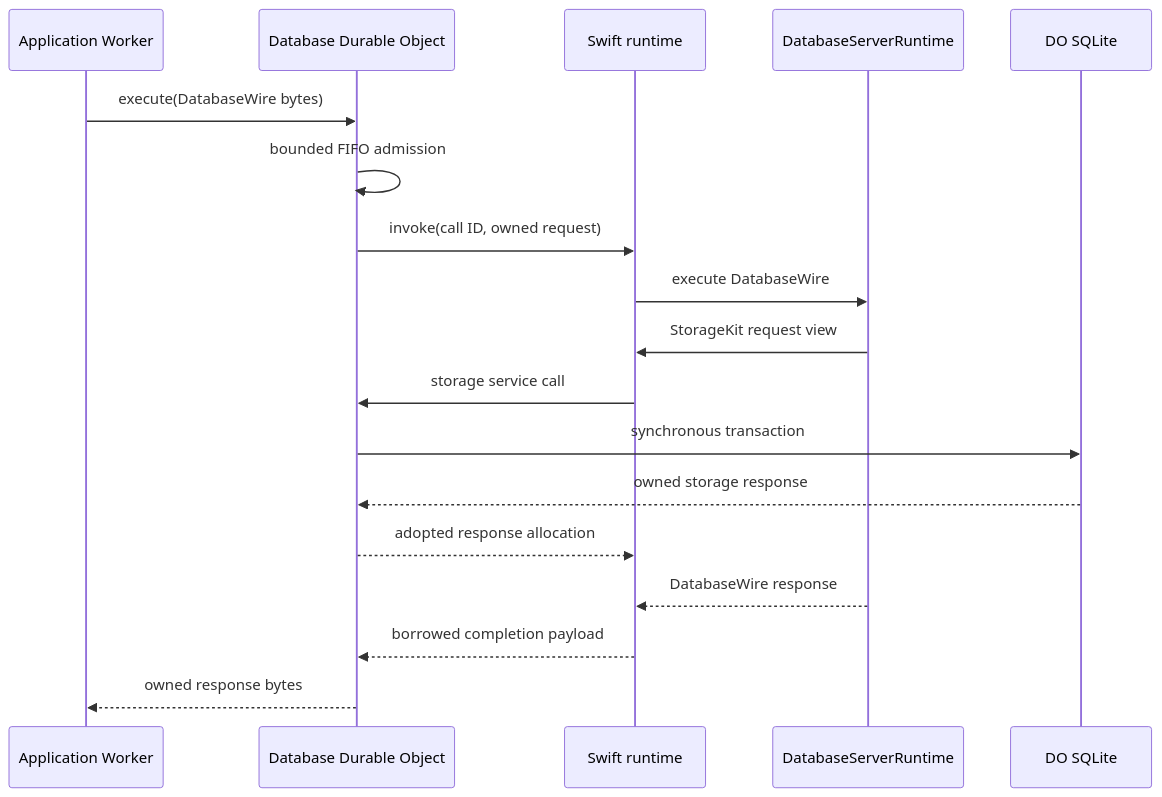
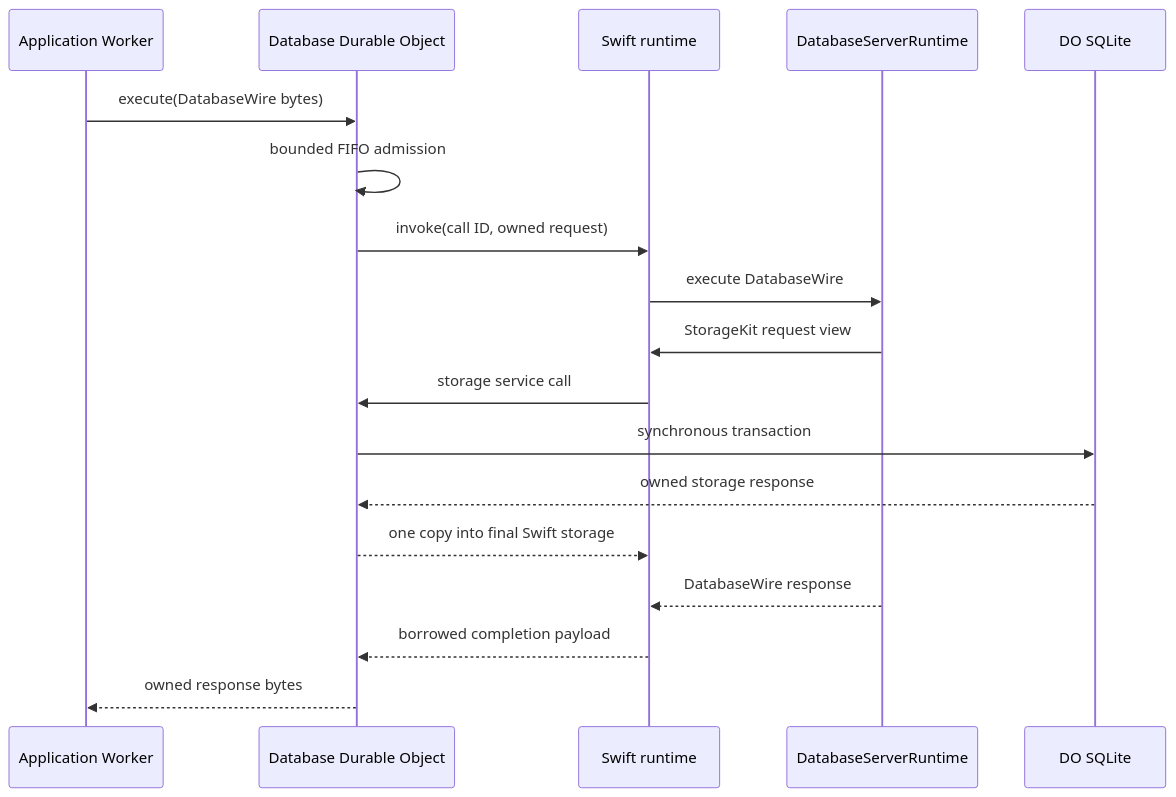
Before and after one commit to 1amageek/database-framework-cloudflare: the second of 2 diagrams in README.md, drawn with Mermaid. The commit also changed other lines of this file and 19 other files, not shown here.

````diff
--- a/README.md
+++ b/README.md
@@ -99,21 +99,21 @@
 ```mermaid
 sequenceDiagram
   participant App as Application Worker
   participant DO as Database Durable Object
   participant Runtime as Swift runtime
   participant Server as DatabaseServerRuntime
   participant SQLite as DO SQLite
 
   App->>DO: execute(DatabaseWire bytes)
   DO->>DO: bounded FIFO admission
   DO->>Runtime: invoke(call ID, owned request)
   Runtime->>Server: execute DatabaseWire
   Server->>Runtime: StorageKit request view
   Runtime->>DO: storage service call
   DO->>SQLite: synchronous transaction
   SQLite-->>DO: owned storage response
-  DO-->>Runtime: adopted response allocation
+  DO-->>Runtime: one copy into final Swift storage
   Server-->>Runtime: DatabaseWire response
   Runtime-->>DO: borrowed completion payload
   DO-->>App: owned response bytes
 ```
````
